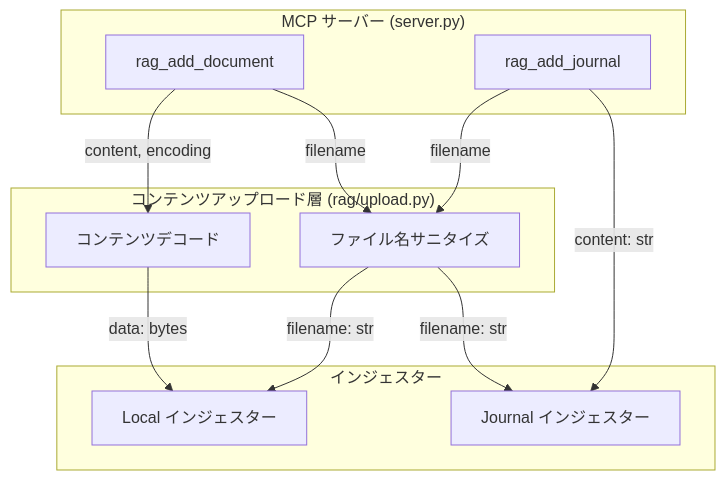
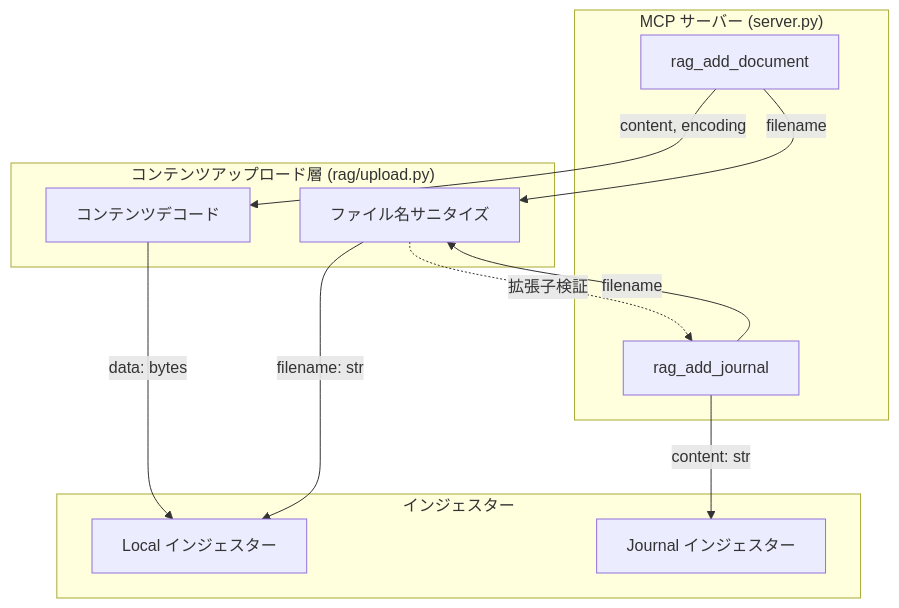
The diagram in docs/specs/infrastructure/content-upload.md (becky3/rag-knowledge), drawn with Mermaid before and after one commit. The commit also changed 2 other files, not shown here.

Commit message:
fix: Copilot レビュー指摘対応 (PR #390)
- local.md: filename の `..` エッジケースに拒否条件を明記
- content-upload.md: SAN→JI の不要な filename 矢印を拡張子検証に修正
- journal.md: mermaid 図から filename の JI 渡しを削除（MCP ツール内で消費）

````diff
--- a/docs/specs/infrastructure/content-upload.md
+++ b/docs/specs/infrastructure/content-upload.md
@@ -64,25 +64,25 @@
 ```mermaid
 flowchart TB
     subgraph MCP["MCP サーバー (server.py)"]
         T1["rag_add_document"]
         T2["rag_add_journal"]
     end
 
     subgraph Upload["コンテンツアップロード層 (rag/upload.py)"]
         DEC["コンテンツデコード"]
         SAN["ファイル名サニタイズ"]
     end
 
     subgraph Ingesters["インジェスター"]
         LI["Local インジェスター"]
         JI["Journal インジェスター"]
     end
 
     T1 -->|content, encoding| DEC
     T1 -->|filename| SAN
     T2 -->|filename| SAN
     T2 -->|content: str| JI
     DEC -->|data: bytes| LI
     SAN -->|filename: str| LI
-    SAN -->|filename: str| JI
+    SAN -.->|拡張子検証| T2
 ```
````
